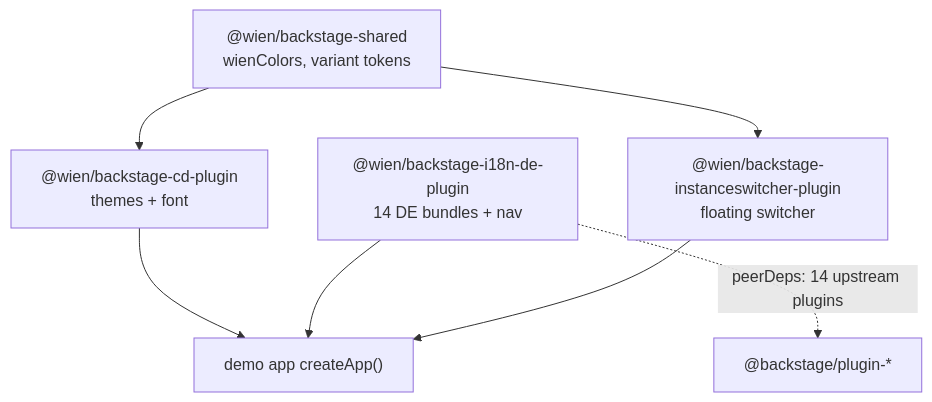
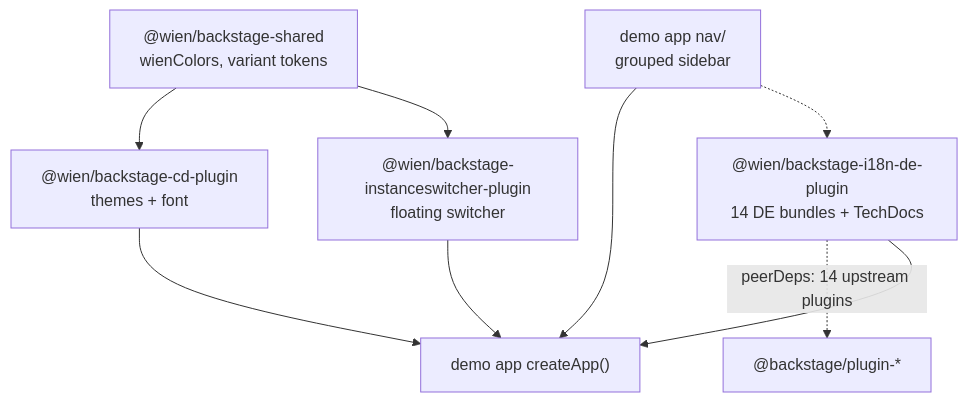
The diagram in README.md (adis-b/hackstage), drawn with Mermaid before and after one commit. The commit also changed other lines of this file and 13 other files, not shown here.

First line of the commit message:
Move TranslatedNav from i18n plugin to demo app

````diff
--- a/README.md
+++ b/README.md
@@ -56,14 +62,17 @@
 ```mermaid
 flowchart TB
   Shared["@wien/backstage-shared<br/>wienColors, variant tokens"]
   CD["@wien/backstage-cd-plugin<br/>themes + font"]
-  I18N["@wien/backstage-i18n-de-plugin<br/>14 DE bundles + nav"]
+  I18N["@wien/backstage-i18n-de-plugin<br/>14 DE bundles + TechDocs"]
+  DemoNav["demo app nav/<br/>grouped sidebar"]
   SW["@wien/backstage-instanceswitcher-plugin<br/>floating switcher"]
 
   Shared --> CD
   Shared --> SW
   I18N -.->|"peerDeps: 14 upstream plugins"| Upstream["@backstage/plugin-*"]
   CD --> App["demo app createApp()"]
   I18N --> App
+  DemoNav --> App
+  DemoNav -.-> I18N
   SW --> App
 ```
````
